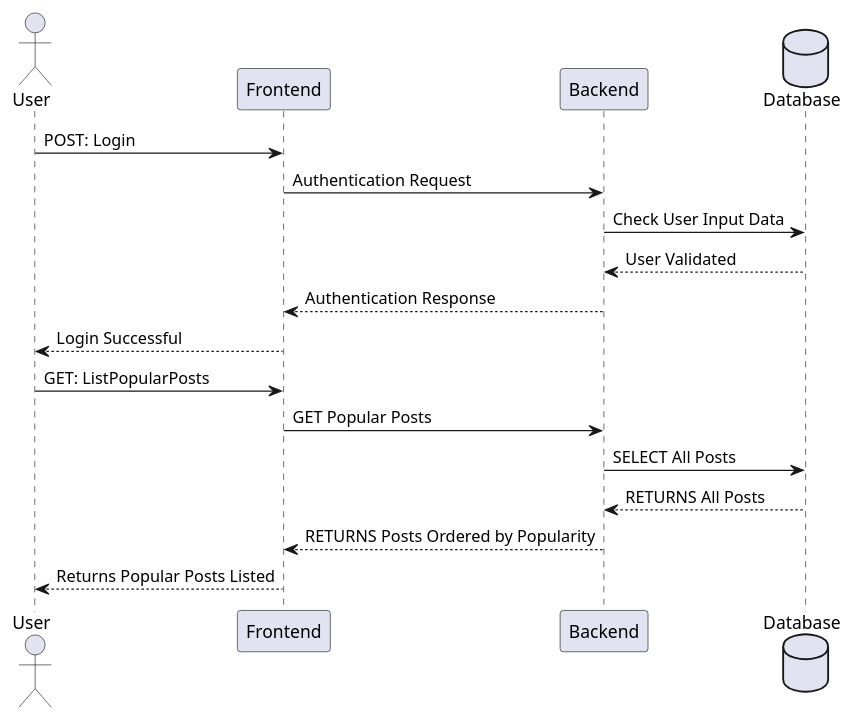
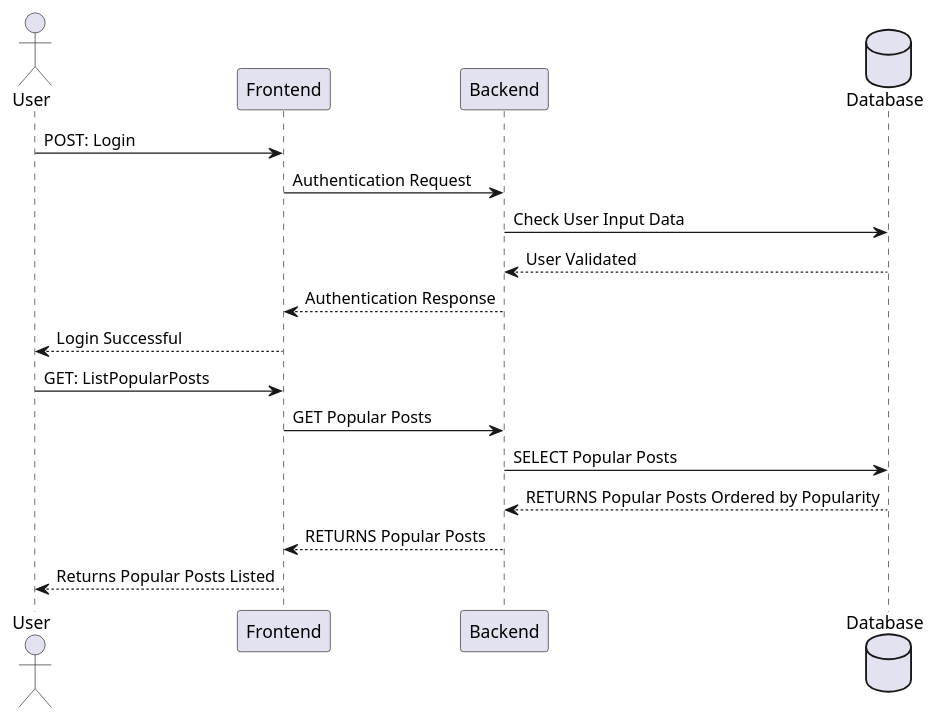
Before and after one commit to AfonsoMachado17/odosft_2425_class_assignment: the diagram in docs/project/list-popular-post/puml/listPopularPostSequenceDiagram.puml, drawn with PlantUML. The commit also changed 17 other files, not shown here.

Commit message:
[DOC] #3 - Fix PlantUML Sequece Diagram

```diff
--- a/docs/project/list-popular-post/puml/listPopularPostSequenceDiagram.puml
+++ b/docs/project/list-popular-post/puml/listPopularPostSequenceDiagram.puml
@@ -1,18 +1,18 @@
 @startuml ListPopularPosts
 actor User as User
 participant Frontend as FE
 participant Backend as BE
 database Database as DB
 User -> FE : POST: Login
 FE -> BE : Authentication Request
 BE -> DB : Check User Input Data
 BE <-- DB : User Validated
 FE <-- BE : Authentication Response
 User <-- FE : Login Successful
 User -> FE : GET: ListPopularPosts
 FE -> BE : GET Popular Posts
-BE -> DB : SELECT All Posts
-BE <-- DB : RETURNS All Posts
-FE <-- BE : RETURNS Posts Ordered by Popularity
+BE -> DB : SELECT Popular Posts
+BE <-- DB : RETURNS Popular Posts Ordered by Popularity
+FE <-- BE : RETURNS Popular Posts
 User <-- FE : Returns Popular Posts Listed
 @enduml
```
